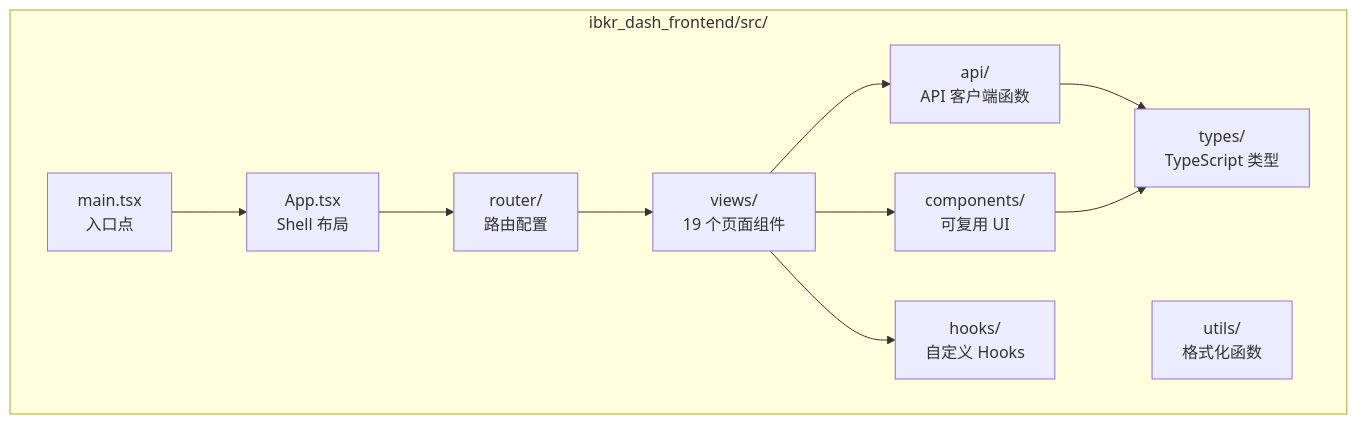
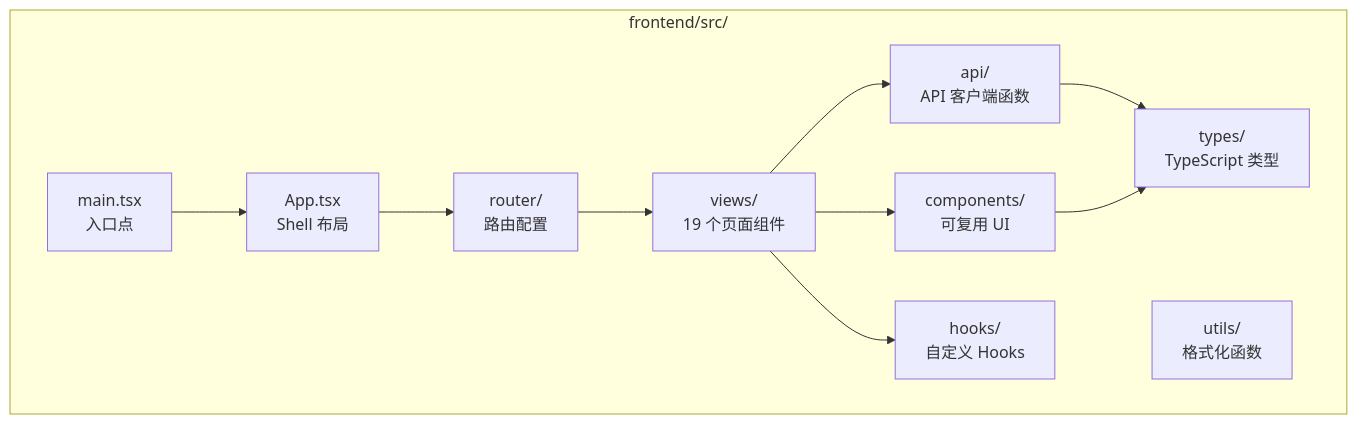
The third of 7 diagrams in docs/i18n/zh-CN/docusaurus-plugin-content-docs/current/architecture/overview.md (XUranus/ibkr-dash), drawn with Mermaid before and after one commit. The commit also changed other lines of this file and 373 other files, not shown here.

First line of the commit message:
refactor: rename ibkr_dash_{backend,frontend,worker} to {backend,frontend,worker}

````diff
--- a/docs/i18n/zh-CN/docusaurus-plugin-content-docs/current/architecture/overview.md
+++ b/docs/i18n/zh-CN/docusaurus-plugin-content-docs/current/architecture/overview.md
@@ -173,23 +173,23 @@
 ```mermaid
 graph TB
-    subgraph Frontend ["ibkr_dash_frontend/src/"]
+    subgraph Frontend ["frontend/src/"]
         Main["main.tsx<br/>入口点"]
         App["App.tsx<br/>Shell 布局"]
         Router["router/<br/>路由配置"]
         Views["views/<br/>19 个页面组件"]
         Components["components/<br/>可复用 UI"]
         API["api/<br/>API 客户端函数"]
         Types["types/<br/>TypeScript 类型"]
         Hooks["hooks/<br/>自定义 Hooks"]
         Utils["utils/<br/>格式化函数"]
     end
 
     Main --> App
     App --> Router
     Router --> Views
     Views --> Components
     Views --> API
     Views --> Hooks
     API --> Types
     Components --> Types
 ```
````
